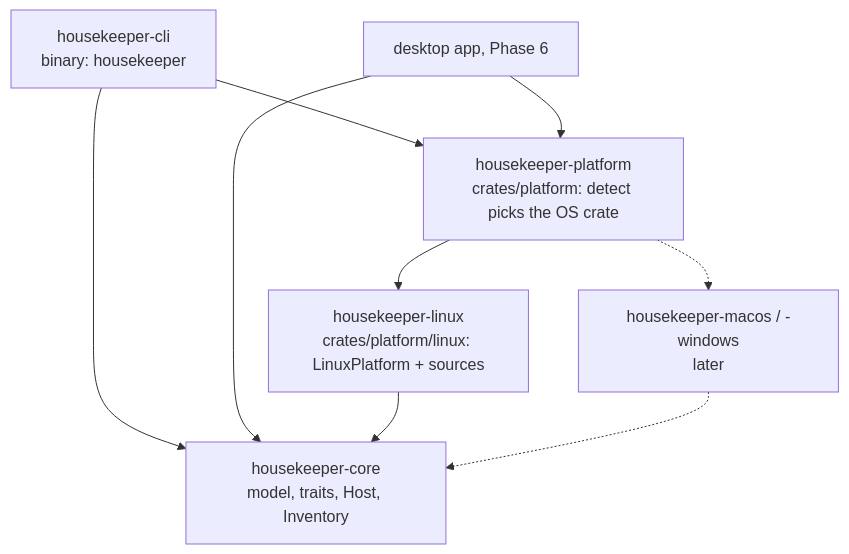
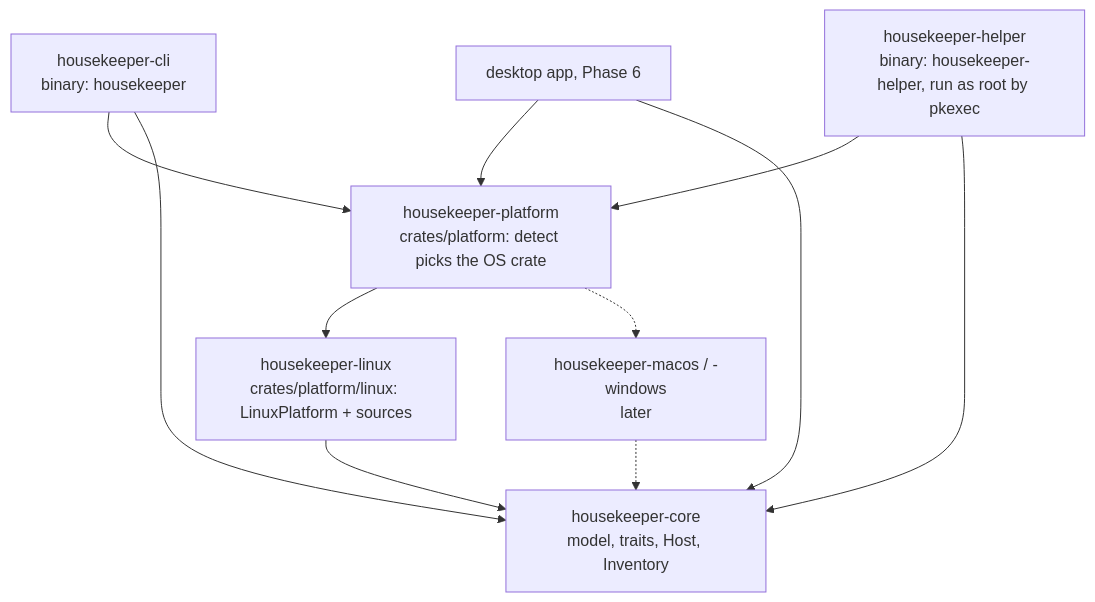
One commit to mhsiddiqui/housekeeper changed the diagram in docs/architecture/README.md. Above: the diagram before and after it, drawn with Mermaid. The commit also changed other lines of this file and 6 other files, not shown here.

Commit message:
docs: root helper and decision D40 (plan 4.1 done)

````diff
--- a/docs/architecture/README.md
+++ b/docs/architecture/README.md
@@ -8,12 +8,14 @@
 ```mermaid
 flowchart TD
     cli[housekeeper-cli<br/>binary: housekeeper] --> platform
     app[desktop app, Phase 6] --> platform
+    helper[housekeeper-helper<br/>binary: housekeeper-helper, run as root by pkexec] --> platform
     cli --> core
     app --> core
+    helper --> core
     platform[housekeeper-platform<br/>crates/platform: detect picks the OS crate] --> linux
     platform -.-> future
     linux[housekeeper-linux<br/>crates/platform/linux: LinuxPlatform + sources] --> core
     future[housekeeper-macos / -windows<br/>later] -.-> core
     core[housekeeper-core<br/>model, traits, Host, Inventory]
 ```
````
